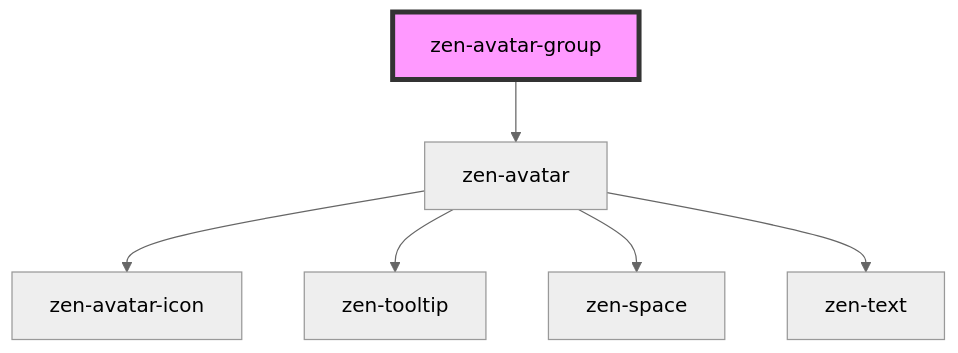
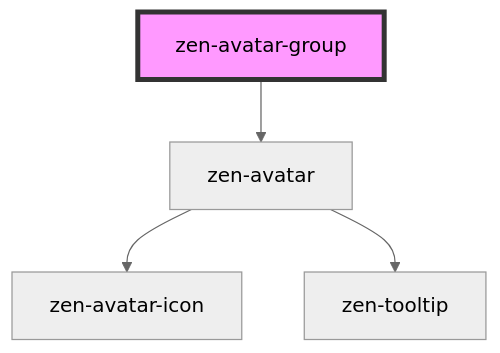
One commit to reciprocity/zen-ui changed the diagram in src/componets-smart/zen-avatar-group/readme.md. Above: the diagram before and after it, drawn with Mermaid (neutral theme). The commit also changed other lines of this file and 7 other files, not shown here.

````diff
--- a/src/componets-smart/zen-avatar-group/readme.md
+++ b/src/componets-smart/zen-avatar-group/readme.md
@@ -20,9 +21,7 @@
 ```mermaid
 graph TD;
   zen-avatar-group --> zen-avatar
   zen-avatar --> zen-avatar-icon
   zen-avatar --> zen-tooltip
-  zen-avatar --> zen-space
-  zen-avatar --> zen-text
   style zen-avatar-group fill:#f9f,stroke:#333,stroke-width:4px
 ```
````
